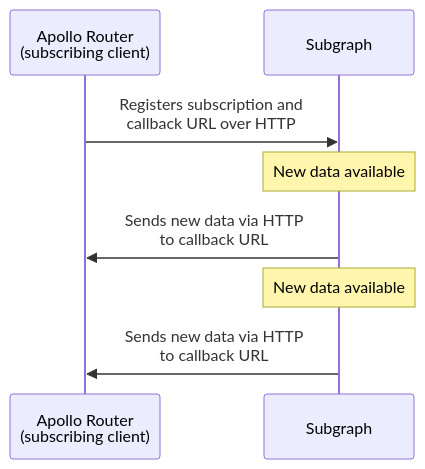
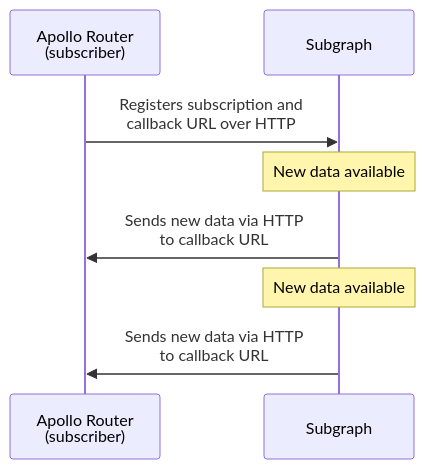
The diagram in docs/source/executing-operations/subscription-callback-protocol.mdx (apollographql/router), drawn with Mermaid before and after one commit. The commit also changed other lines of this file, not shown here.

````diff
--- a/docs/source/executing-operations/subscription-callback-protocol.mdx
+++ b/docs/source/executing-operations/subscription-callback-protocol.mdx
@@ -17,10 +16,10 @@
 ```mermaid
 sequenceDiagram
-    participant Router as Apollo Router<br/>(subscribing client)
+    participant Router as Apollo Router<br/>(subscriber)
     participant Subgraph as Subgraph
     Router->>Subgraph: Registers subscription and<br/> callback URL over HTTP
     Note over Subgraph: New data available
     Subgraph->>Router: Sends new data via HTTP<br/>to callback URL
     Note over Subgraph: New data available
     Subgraph->>Router: Sends new data via HTTP<br/>to callback URL
 ```
````
